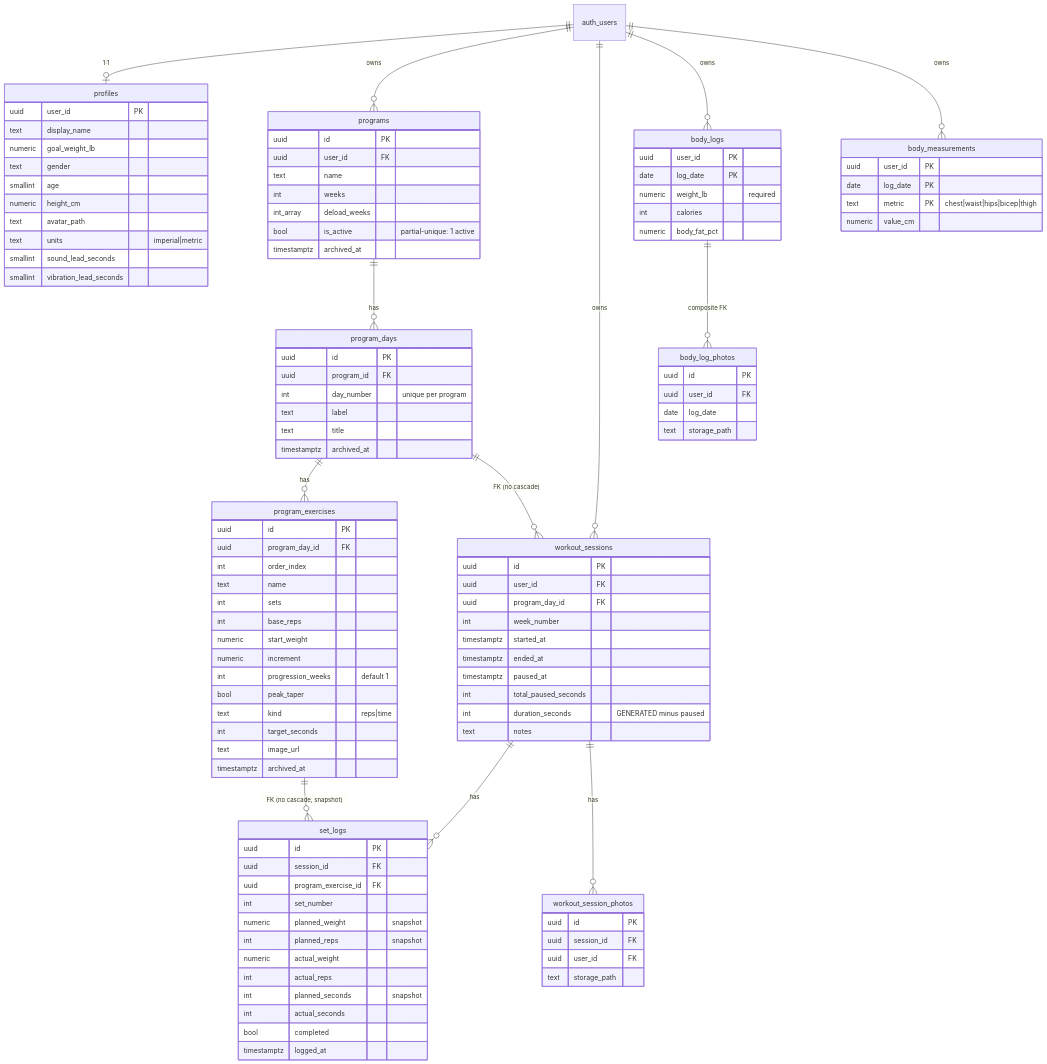
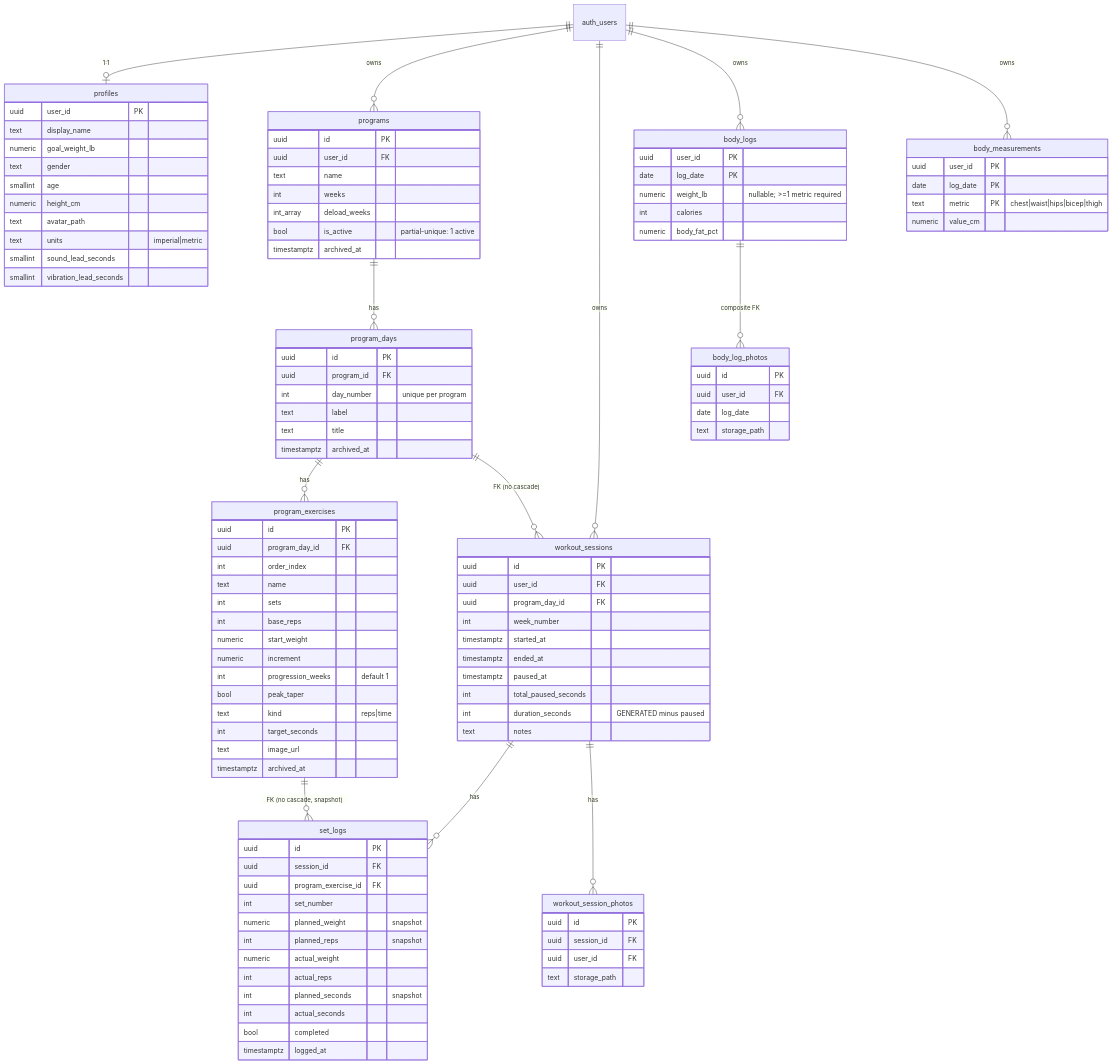
The fifth of 10 diagrams in docs/ARCHITECTURE.md (Rahul-Personal-lists/workout-tracker), drawn with Mermaid before and after one commit. The commit also changed other lines of this file and 12 other files, not shown here.

```diff
--- a/docs/ARCHITECTURE.md
+++ b/docs/ARCHITECTURE.md
@@ -246,7 +246,7 @@
     body_logs {
         uuid user_id PK
         date log_date PK
-        numeric weight_lb "required"
+        numeric weight_lb "nullable; >=1 metric required"
         int calories
         numeric body_fat_pct
     }
```
